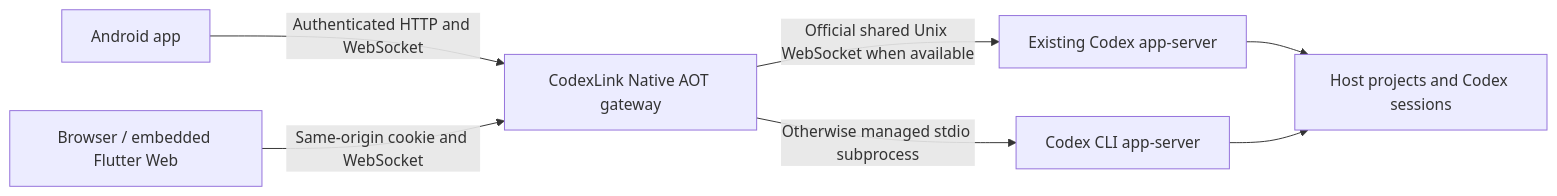
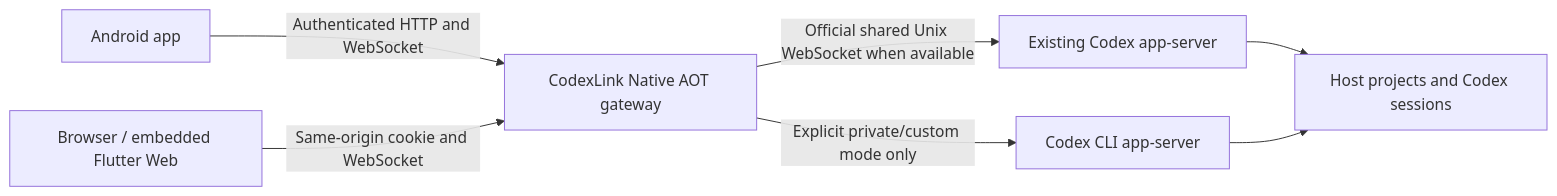
Before and after one commit to mysteriousmy/CodexLink: the diagram in README.md, drawn with Mermaid. The commit also changed other lines of this file and 33 other files, not shown here.

````diff
--- a/README.md
+++ b/README.md
@@ -65,9 +65,9 @@
 ```mermaid
 flowchart LR
     A[Android app] -->|Authenticated HTTP and WebSocket| G[CodexLink Native AOT gateway]
     B[Browser / embedded Flutter Web] -->|Same-origin cookie and WebSocket| G
     G -->|Official shared Unix WebSocket when available| S[Existing Codex app-server]
-    G -->|Otherwise managed stdio subprocess| C[Codex CLI app-server]
+    G -->|Explicit private/custom mode only| C[Codex CLI app-server]
     S --> P[Host projects and Codex sessions]
     C --> P
 ```
````
